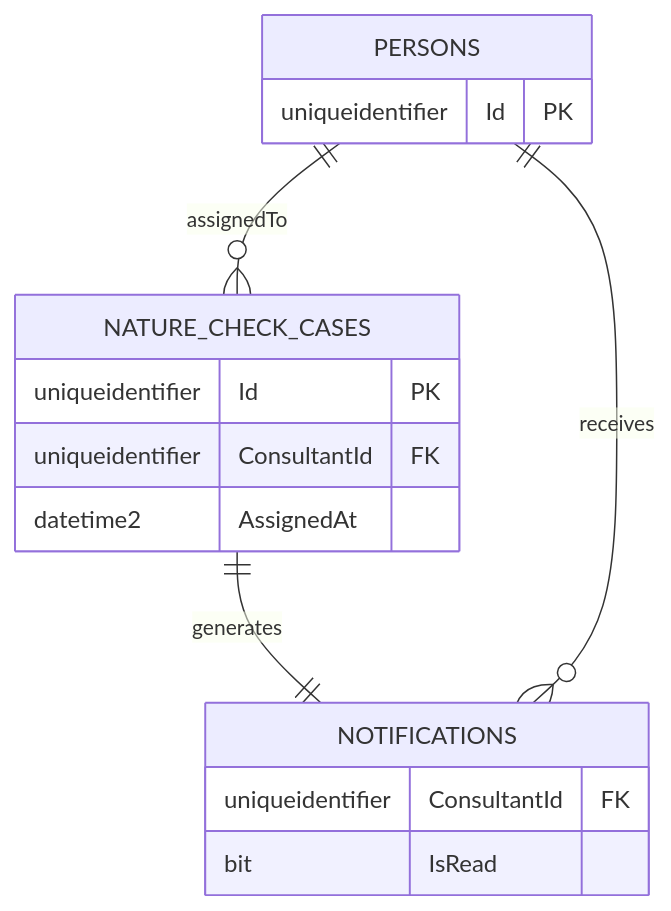
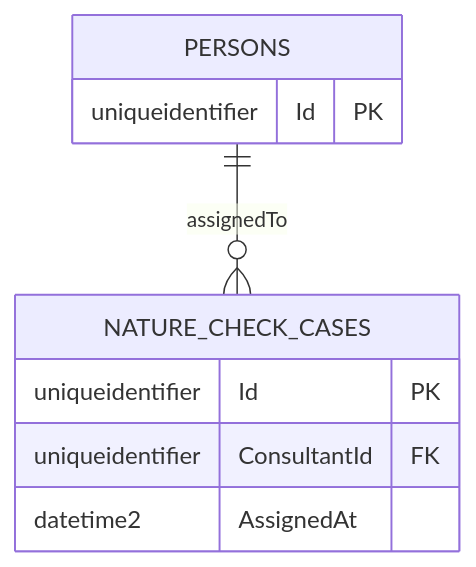
Before and after one commit to DMOoF25-TEAM11/ArlaNatureConnect: the diagram in docs/UseCase002B-AssignNatureCheckCase/UserStories/UC002B.6-ViewConsultantNotifications/UC002B.6-ER.md, drawn with Mermaid. The commit also changed other lines of this file and 65 other files, not shown here.

Commit message:
Update of UML

````diff
--- a/docs/UseCase002B-AssignNatureCheckCase/UserStories/UC002B.6-ViewConsultantNotifications/UC002B.6-ER.md
+++ b/docs/UseCase002B-AssignNatureCheckCase/UserStories/UC002B.6-ViewConsultantNotifications/UC002B.6-ER.md
@@ -7,21 +7,14 @@
 ```mermaid
 erDiagram
     PERSONS {
         uniqueidentifier Id PK
     }
 
     NATURE_CHECK_CASES {
         uniqueidentifier Id PK
         uniqueidentifier ConsultantId FK
         datetime2 AssignedAt
     }
 
-    NOTIFICATIONS {
-        uniqueidentifier ConsultantId FK
-        bit IsRead
-    }
-
     PERSONS ||--o{ NATURE_CHECK_CASES : "assignedTo"
-    NATURE_CHECK_CASES ||--|| NOTIFICATIONS : "generates"
-    PERSONS ||--o{ NOTIFICATIONS : "receives"
 ```
````
